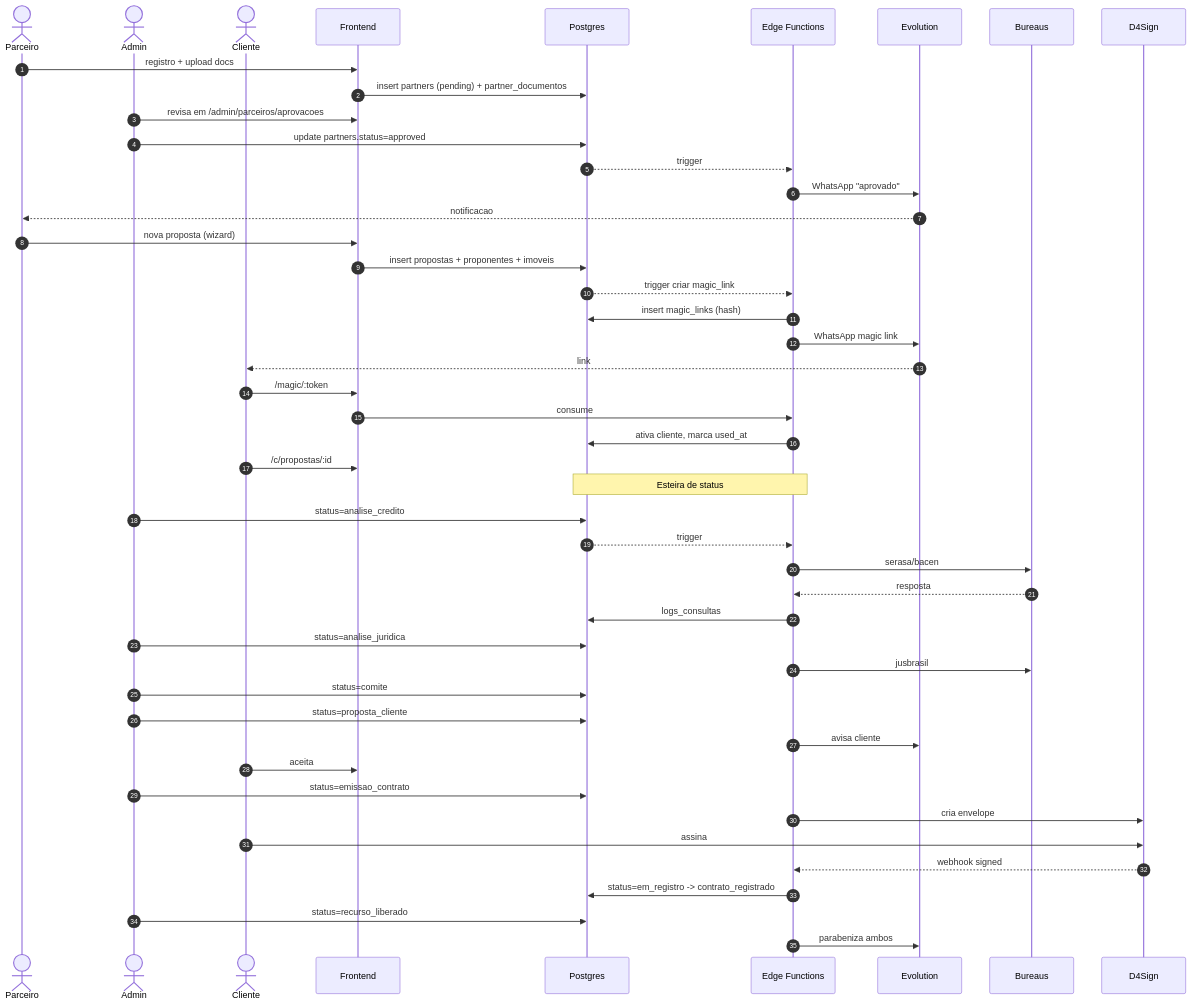
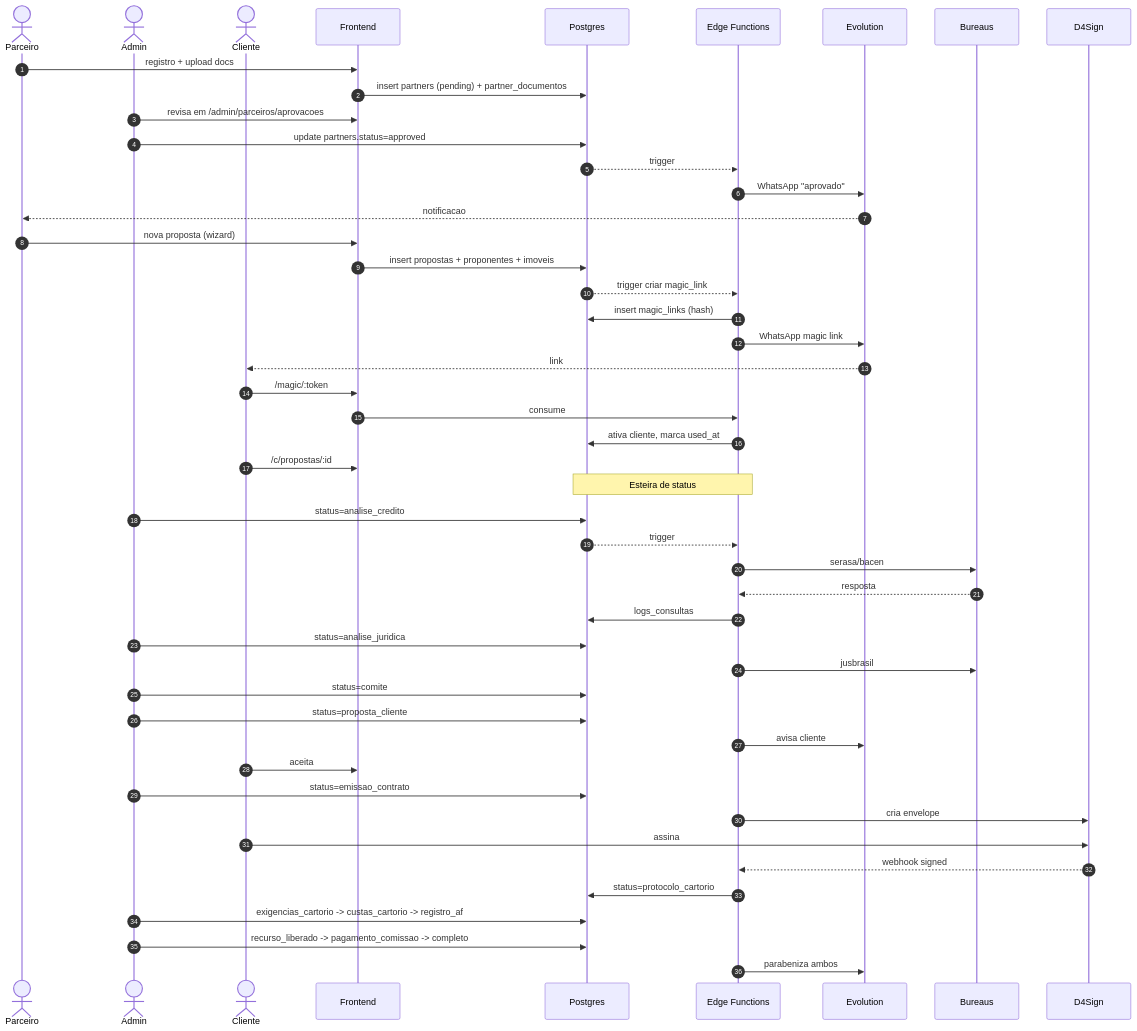
The tenth of 28 diagrams in docs/design/10-blueprint-visual.md (bonacciniWd/mercurio-capital), drawn with Mermaid before and after one commit. The commit also changed other lines of this file and 39 other files, not shown here.

````diff
--- a/docs/design/10-blueprint-visual.md
+++ b/docs/design/10-blueprint-visual.md
@@ -485,52 +486,53 @@
 ```mermaid
 sequenceDiagram
   autonumber
   actor PA as Parceiro
   actor AD as Admin
   actor CL as Cliente
   participant FE as Frontend
   participant DB as Postgres
   participant EF as Edge Functions
   participant EVO as Evolution
   participant BUR as Bureaus
   participant SIG as D4Sign
 
   PA->>FE: registro + upload docs
   FE->>DB: insert partners (pending) + partner_documentos
   AD->>FE: revisa em /admin/parceiros/aprovacoes
   AD->>DB: update partners.status=approved
   DB-->>EF: trigger
   EF->>EVO: WhatsApp "aprovado"
   EVO-->>PA: notificacao
 
   PA->>FE: nova proposta (wizard)
   FE->>DB: insert propostas + proponentes + imoveis
   DB-->>EF: trigger criar magic_link
   EF->>DB: insert magic_links (hash)
   EF->>EVO: WhatsApp magic link
   EVO-->>CL: link
   CL->>FE: /magic/:token
   FE->>EF: consume
   EF->>DB: ativa cliente, marca used_at
   CL->>FE: /c/propostas/:id
 
   Note over DB,EF: Esteira de status
   AD->>DB: status=analise_credito
   DB-->>EF: trigger
   EF->>BUR: serasa/bacen
   BUR-->>EF: resposta
   EF->>DB: logs_consultas
   AD->>DB: status=analise_juridica
   EF->>BUR: jusbrasil
   AD->>DB: status=comite
   AD->>DB: status=proposta_cliente
   EF->>EVO: avisa cliente
   CL->>FE: aceita
   AD->>DB: status=emissao_contrato
   EF->>SIG: cria envelope
   CL->>SIG: assina
   SIG-->>EF: webhook signed
-  EF->>DB: status=em_registro -> contrato_registrado
-  AD->>DB: status=recurso_liberado
+  EF->>DB: status=protocolo_cartorio
+  AD->>DB: exigencias_cartorio -> custas_cartorio -> registro_af
+  AD->>DB: recurso_liberado -> pagamento_comissao -> completo
   EF->>EVO: parabeniza ambos
 ```
````
